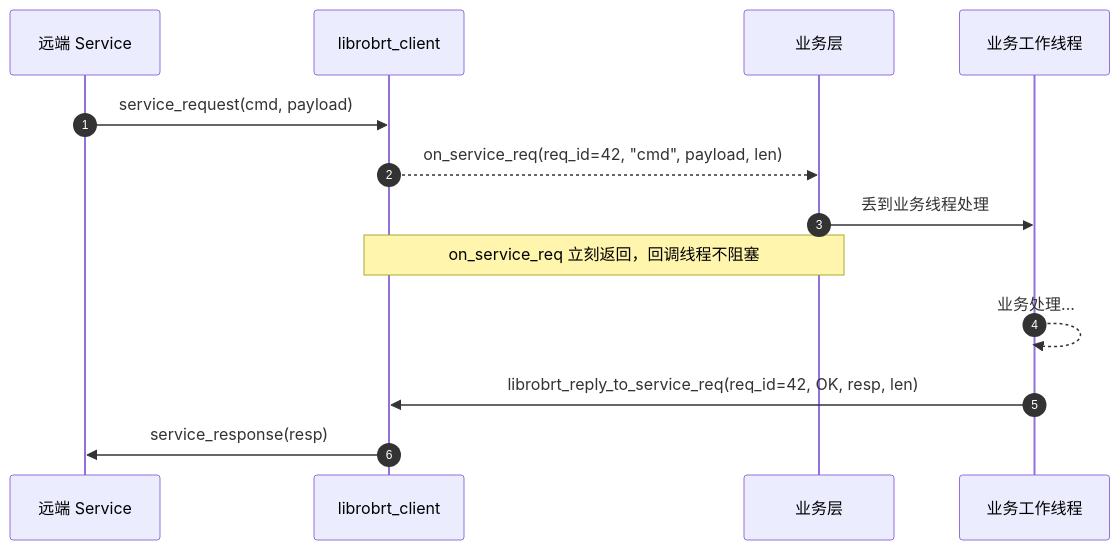
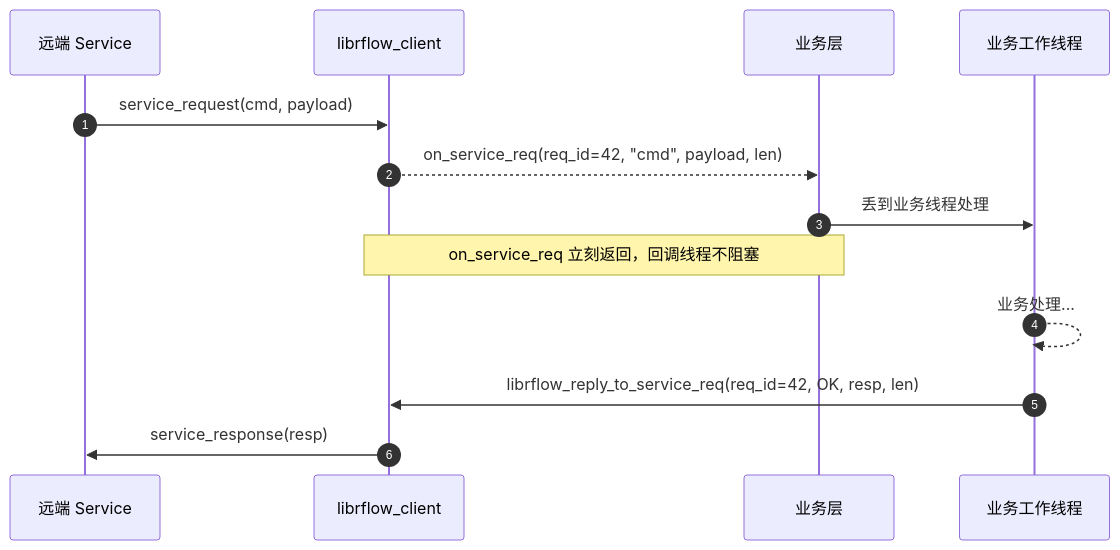
Before and after one commit to honeyyaya/libRoboFlow: the seventh of 11 diagrams in docs/client_api_design.md, drawn with Mermaid. The commit also changed other lines of this file and 113 other files, not shown here.

````diff
--- a/docs/client_api_design.md
+++ b/docs/client_api_design.md
@@ -215,16 +215,16 @@
 ```mermaid
 sequenceDiagram
     autonumber
     participant SRV as 远端 Service
-    participant SDK as librobrt_client
+    participant SDK as librflow_client
     participant APP as 业务层
     participant BIZ as 业务工作线程
 
     SRV->>SDK: service_request(cmd, payload)
     SDK-->>APP: on_service_req(req_id=42, "cmd", payload, len)
     APP->>BIZ: 丢到业务线程处理
     Note over APP,SDK: on_service_req 立刻返回，回调线程不阻塞
     BIZ-->>BIZ: 业务处理...
-    BIZ->>SDK: librobrt_reply_to_service_req(req_id=42, OK, resp, len)
+    BIZ->>SDK: librflow_reply_to_service_req(req_id=42, OK, resp, len)
     SDK->>SRV: service_response(resp)
 ```
````
